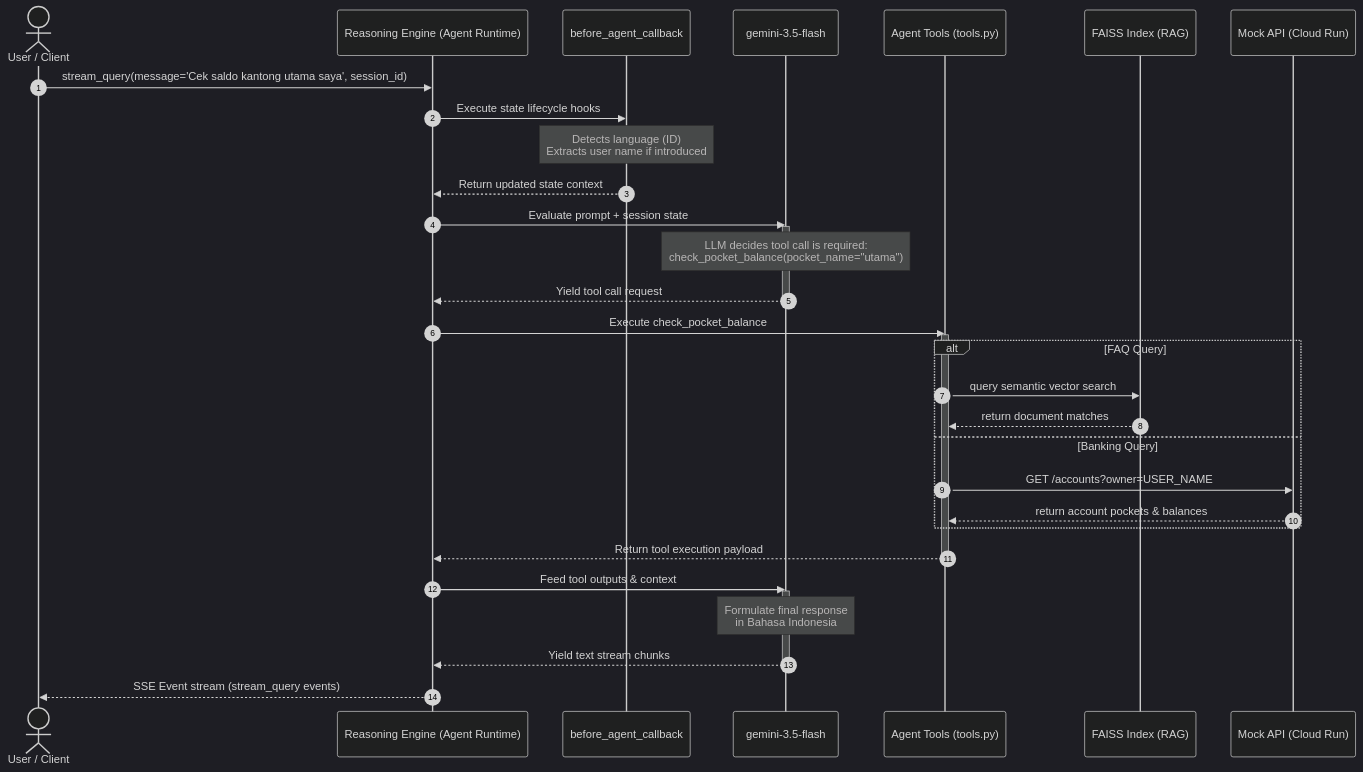
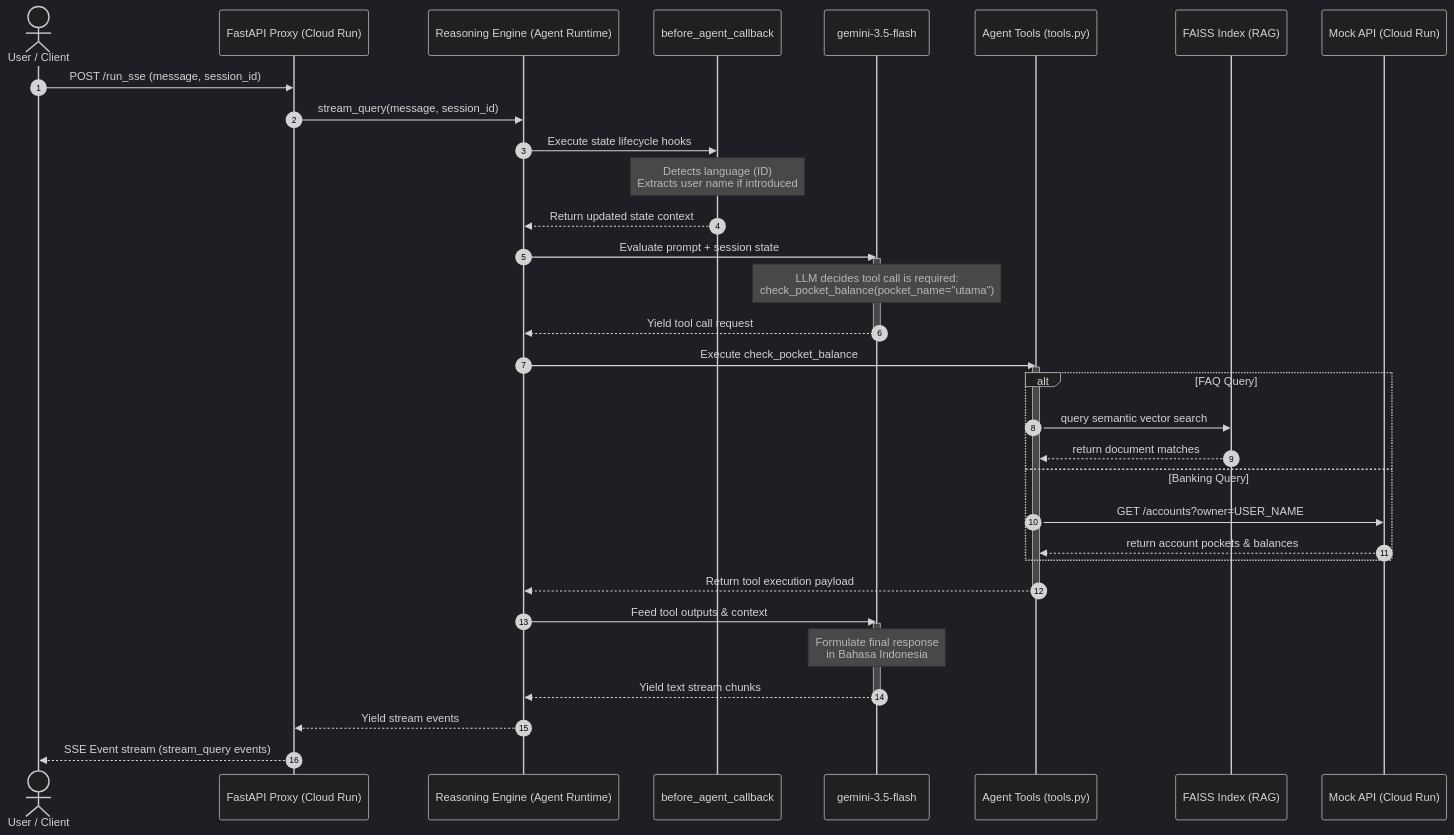
The second of 2 diagrams in README.md (amura2406/bank-makmur-adk), drawn with Mermaid (dark theme) before and after one commit. The commit also changed other lines of this file and 1 other file, not shown here.

Commit message:
Update architecture and message execution diagrams in README

````diff
--- a/README.md
+++ b/README.md
@@ -52,40 +54,43 @@
 ```mermaid
 sequenceDiagram
     autonumber
     actor User as User / Client
+    participant Proxy as FastAPI Proxy (Cloud Run)
     participant RE as Reasoning Engine (Agent Runtime)
     participant CB as before_agent_callback
     participant LLM as gemini-3.5-flash
     participant Tools as Agent Tools (tools.py)
     participant FAISS as FAISS Index (RAG)
     participant MockAPI as Mock API (Cloud Run)
 
-    User->>RE: stream_query(message='Cek saldo kantong utama saya', session_id)
+    User->>Proxy: POST /run_sse (message, session_id)
+    Proxy->>RE: stream_query(message, session_id)
     RE->>CB: Execute state lifecycle hooks
     Note over CB: Detects language (ID)<br/>Extracts user name if introduced
     CB-->>RE: Return updated state context
     RE->>LLM: Evaluate prompt + session state
     activate LLM
     Note over LLM: LLM decides tool call is required:<br/>check_pocket_balance(pocket_name="utama")
     LLM-->>RE: Yield tool call request
     deactivate LLM
     
     RE->>Tools: Execute check_pocket_balance
     activate Tools
     alt FAQ Query
         Tools->>FAISS: query semantic vector search
         FAISS-->>Tools: return document matches
     else Banking Query
         Tools->>MockAPI: GET /accounts?owner=USER_NAME
         MockAPI-->>Tools: return account pockets & balances
     end
     Tools-->>RE: Return tool execution payload
     deactivate Tools
     
     RE->>LLM: Feed tool outputs & context
     activate LLM
     Note over LLM: Formulate final response<br/>in Bahasa Indonesia
     LLM-->>RE: Yield text stream chunks
     deactivate LLM
-    RE-->>User: SSE Event stream (stream_query events)
+    RE-->>Proxy: Yield stream events
+    Proxy-->>User: SSE Event stream (stream_query events)
 ```
````
